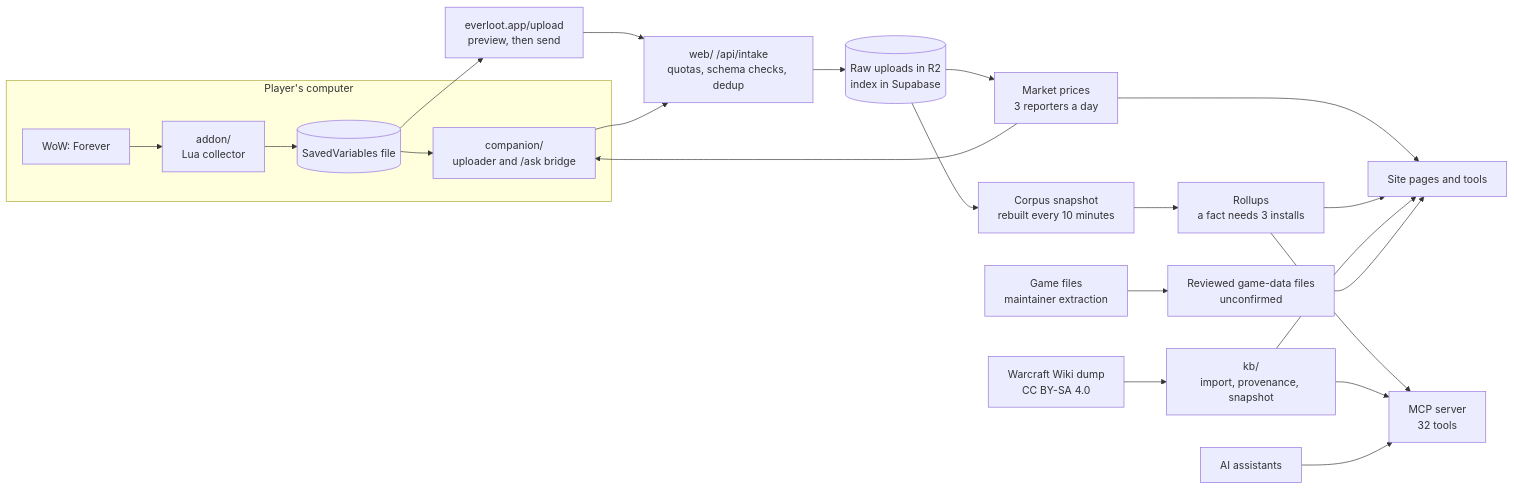
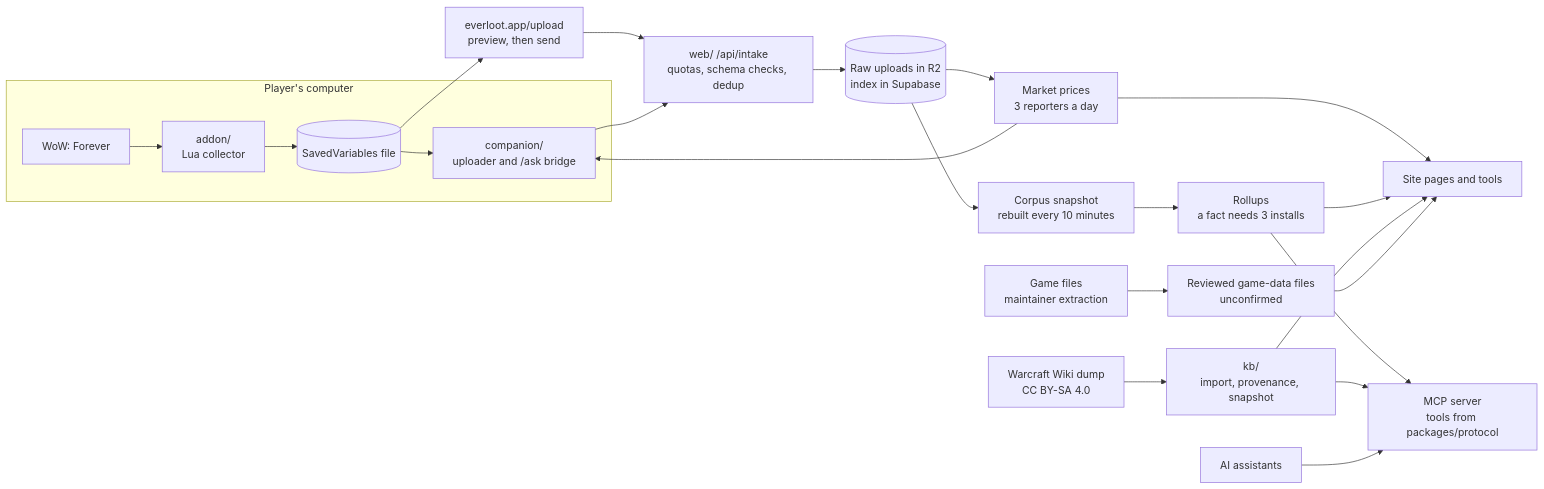
The diagram in README.md (Everloot/everloot), drawn with Mermaid before and after one commit. The commit also changed other lines of this file and 1 other file, not shown here.

First line of the commit message:
docs(docs): README and architecture describe the repository after the launch

````diff
--- a/README.md
+++ b/README.md
@@ -99,25 +100,25 @@
 ```mermaid
 flowchart LR
   subgraph player["Player's computer"]
     game["WoW: Forever"] --> addon["addon/<br/>Lua collector"]
     addon --> sv[("SavedVariables file")]
     sv --> companion["companion/<br/>uploader and /ask bridge"]
   end
   sv --> upload["everloot.app/upload<br/>preview, then send"]
   upload --> intake["web/ /api/intake<br/>quotas, schema checks, dedup"]
   companion --> intake
   intake --> store[("Raw uploads in R2<br/>index in Supabase")]
   store --> corpus["Corpus snapshot<br/>rebuilt every 10 minutes"]
   corpus --> rollups["Rollups<br/>a fact needs 3 installs"]
   store --> market["Market prices<br/>3 reporters a day"]
   market --> site
   market --> companion
   rollups --> site["Site pages and tools"]
-  rollups --> mcp["MCP server<br/>32 tools"]
+  rollups --> mcp["MCP server<br/>tools from packages/protocol"]
   wiki["Warcraft Wiki dump<br/>CC BY-SA 4.0"] --> kb["kb/<br/>import, provenance, snapshot"]
   files["Game files<br/>maintainer extraction"] --> gamedata["Reviewed game-data files<br/>unconfirmed"]
   kb --> site
   kb --> mcp
   gamedata --> site
   assistant["AI assistants"] --> mcp
 ```
````
